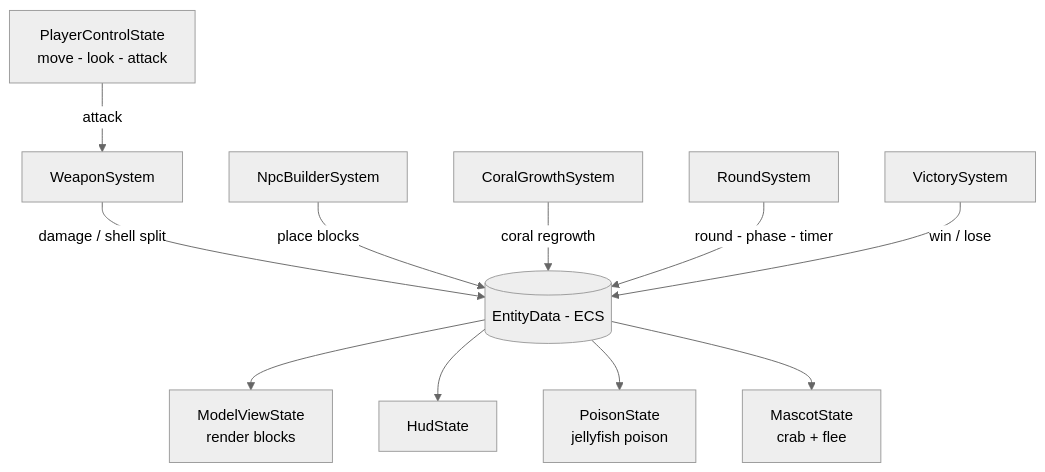
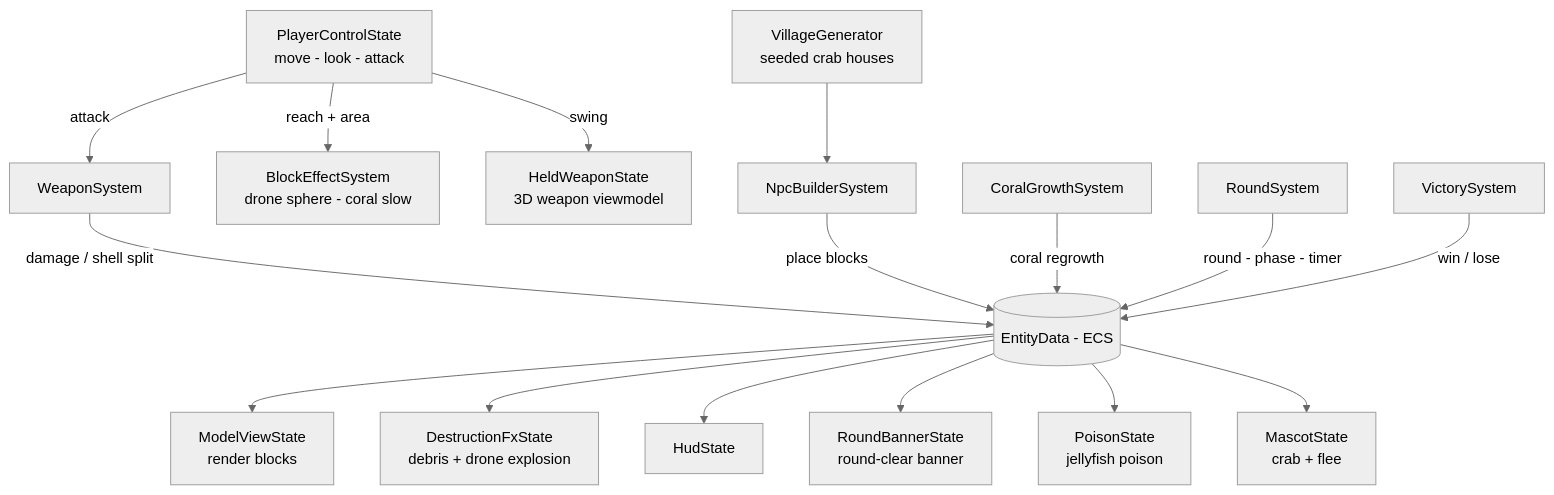
One commit to iceice666/ourbreak changed the third of 3 diagrams in README.md. Above: the diagram before and after it, drawn with Mermaid (neutral theme). The commit also changed other lines of this file and 4 other files, not shown here.

````diff
--- a/README.md
+++ b/README.md
@@ -59,13 +60,18 @@
 ```mermaid
 flowchart TD
     PC[PlayerControlState<br/>move - look - attack] -->|attack| WS[WeaponSystem]
+    PC -->|reach + area| BE[BlockEffectSystem<br/>drone sphere - coral slow]
+    PC -->|swing| HW[HeldWeaponState<br/>3D weapon viewmodel]
     WS -->|damage / shell split| ED[(EntityData - ECS)]
-    NB[NpcBuilderSystem] -->|place blocks| ED
+    VG[VillageGenerator<br/>seeded crab houses] --> NB[NpcBuilderSystem]
+    NB -->|place blocks| ED
     CG[CoralGrowthSystem] -->|coral regrowth| ED
     RS[RoundSystem] -->|round - phase - timer| ED
     VS[VictorySystem] -->|win / lose| ED
     ED --> MV[ModelViewState<br/>render blocks]
+    ED --> FX[DestructionFxState<br/>debris + drone explosion]
     ED --> HUD[HudState]
+    ED --> RB[RoundBannerState<br/>round-clear banner]
     ED --> PZ[PoisonState<br/>jellyfish poison]
     ED --> MC[MascotState<br/>crab + flee]
 ```
````
